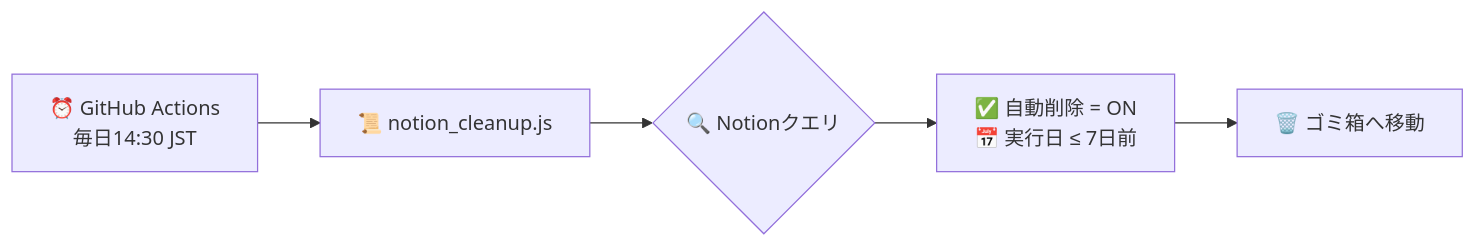
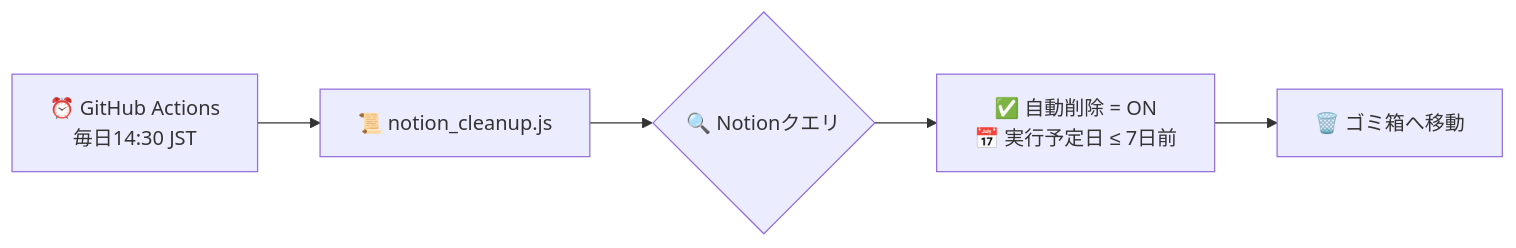
One commit to YoHo0122/auto_trash changed the diagram in README.md. Above: the diagram before and after it, drawn with Mermaid. The commit also changed other lines of this file and 2 other files, not shown here.

Commit message:
fix: プロパティ名を「実行日」から「実行予定日」に変更

````diff
--- a/README.md
+++ b/README.md
@@ -36,7 +36,7 @@
 ```mermaid
 flowchart LR
     A[⏰ GitHub Actions<br/>毎日14:30 JST] --> B[📜 notion_cleanup.js]
     B --> C{🔍 Notionクエリ}
-    C --> D[✅ 自動削除 = ON<br/>📅 実行日 ≤ 7日前]
+    C --> D[✅ 自動削除 = ON<br/>📅 実行予定日 ≤ 7日前]
     D --> E[🗑️ ゴミ箱へ移動]
 ```
````
